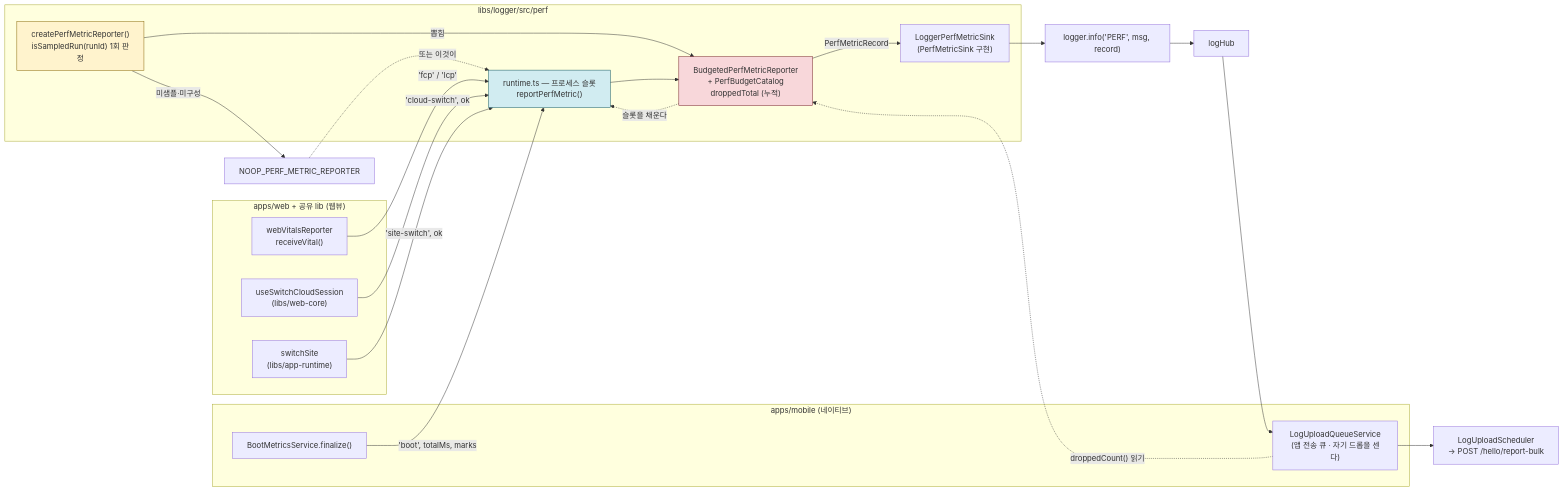
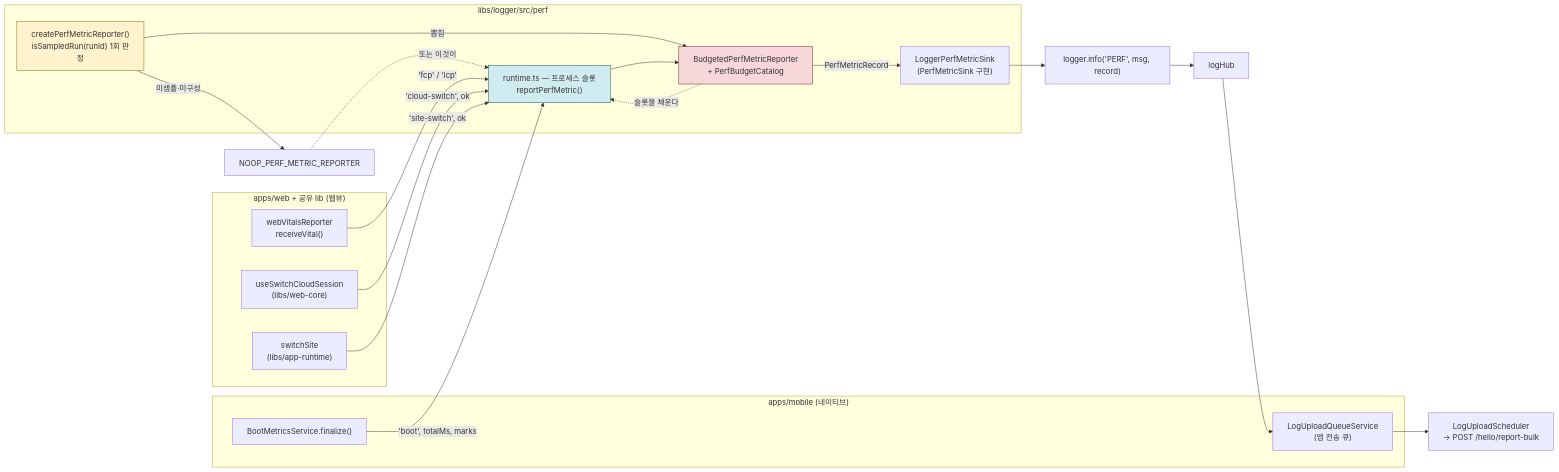
One commit to lemoncloud-io/dou-app changed the first of 4 diagrams in libs/logger/docs/perf-metrics.md. Above: the diagram before and after it, drawn with Mermaid. The commit also changed other lines of this file and 12 other files, not shown here.

````diff
--- a/libs/logger/docs/perf-metrics.md
+++ b/libs/logger/docs/perf-metrics.md
@@ -103,46 +107,45 @@
 ```mermaid
 flowchart LR
     subgraph native["apps/mobile (네이티브)"]
         BMS["BootMetricsService.finalize()"]
-        NQ["LogUploadQueueService<br/>(앱 전송 큐 · 자기 드롭을 센다)"]
+        NQ["LogUploadQueueService<br/>(앱 전송 큐)"]
     end
 
     subgraph web["apps/web + 공유 lib (웹뷰)"]
         WV["webVitalsReporter<br/>receiveVital()"]
         CS["useSwitchCloudSession<br/>(libs/web-core)"]
         SS["switchSite<br/>(libs/app-runtime)"]
     end
 
     subgraph perf["libs/logger/src/perf"]
         CFG["createPerfMetricReporter()<br/>isSampledRun(runId) 1회 판정"]
         SLOT["runtime.ts — 프로세스 슬롯<br/>reportPerfMetric()"]
-        RPT["BudgetedPerfMetricReporter<br/>+ PerfBudgetCatalog<br/>droppedTotal (누적)"]
+        RPT["BudgetedPerfMetricReporter<br/>+ PerfBudgetCatalog"]
         SINK["LoggerPerfMetricSink<br/>(PerfMetricSink 구현)"]
     end
 
     HUB["logHub"]
     UP["LogUploadScheduler<br/>→ POST /hello/report-bulk"]
 
     CFG -->|"뽑힘"| RPT
     CFG -->|"미샘플·미구성"| NOOP["NOOP_PERF_METRIC_REPORTER"]
     RPT -.->|"슬롯을 채운다"| SLOT
     NOOP -.->|"또는 이것이"| SLOT
 
     BMS -->|"'boot', totalMs, marks"| SLOT
     WV -->|"'fcp' / 'lcp'"| SLOT
     CS -->|"'cloud-switch', ok"| SLOT
     SS -->|"'site-switch', ok"| SLOT
 
     SLOT --> RPT
     RPT -->|"PerfMetricRecord"| SINK
     SINK --> LOG["logger.info('PERF', msg, record)"]
 
     LOG --> HUB
     HUB --> NQ
-    NQ -.->|"droppedCount() 읽기"| RPT
     NQ --> UP
 
     style CFG fill:#fff3cd,stroke:#856404
     style SLOT fill:#d1ecf1,stroke:#0c5460
     style RPT fill:#f8d7da,stroke:#721c24
 ```
````
